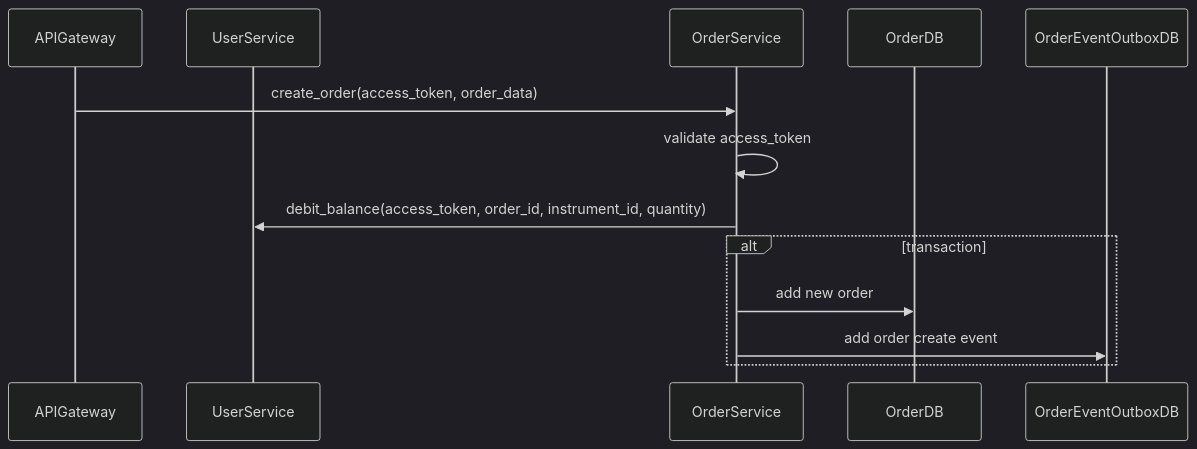
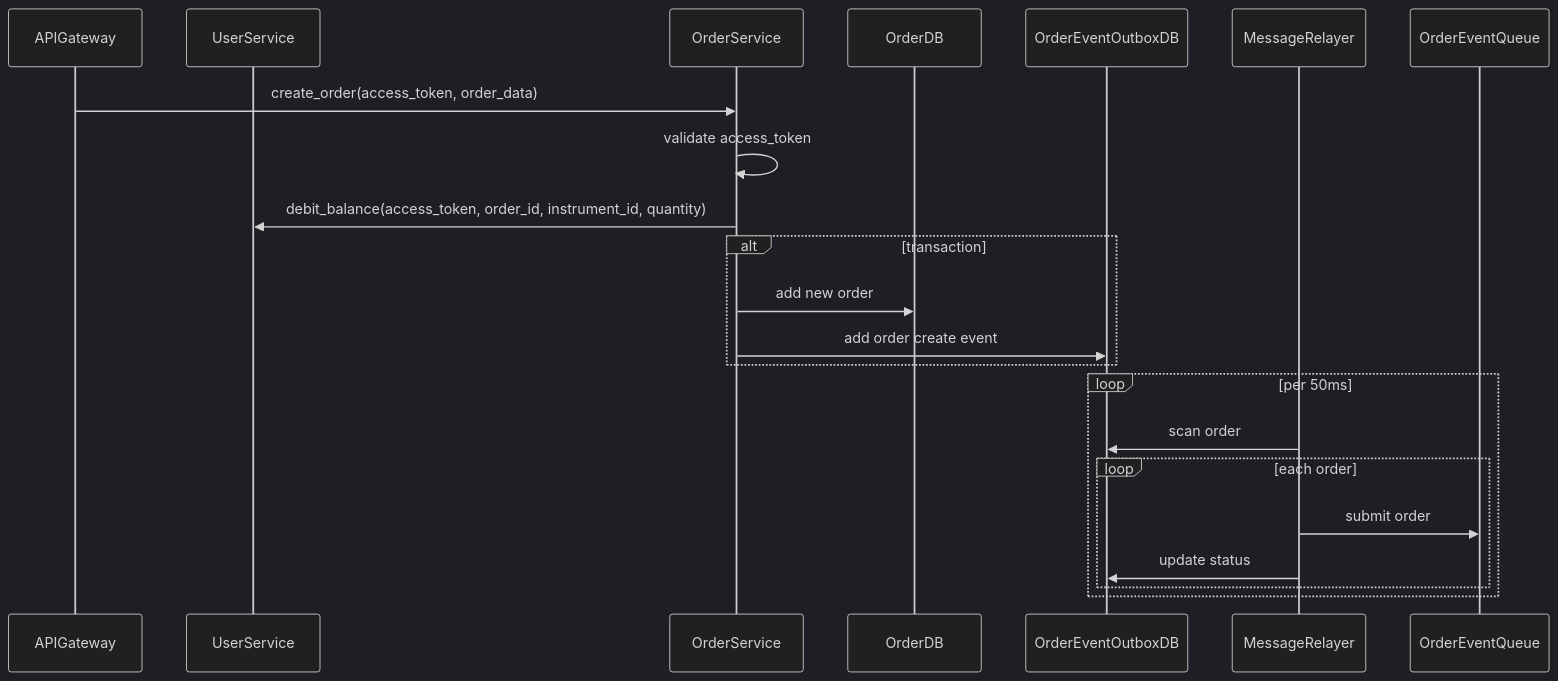
Before and after one commit to tungminh111/Crypto-Exchange-System: the second of 2 diagrams in document/OrderServiceDesign.md, drawn with Mermaid (dark theme).

Commit message:
update order creation flow

````diff
--- a/document/OrderServiceDesign.md
+++ b/document/OrderServiceDesign.md
@@ -45,17 +45,27 @@
 ```mermaid
 sequenceDiagram
     participant api as APIGateway
     participant us as UserService
     participant os as OrderService
     participant odb as OrderDB
     participant oodb as OrderEventOutboxDB
+    participant mr as MessageRelayer
+    participant oeq as OrderEventQueue
     
 
     api ->> os: create_order(access_token, order_data)
     os ->> os: validate access_token
     os ->> us: debit_balance(access_token, order_id, instrument_id, quantity)
     alt transaction 
         os ->> odb: add new order
         os ->> oodb: add order create event
     end
+
+    loop per 50ms 
+        mr ->> oodb: scan order
+        loop each order
+            mr ->> oeq: submit order 
+            mr ->> oodb: update status
+        end
+    end
 ```
````
